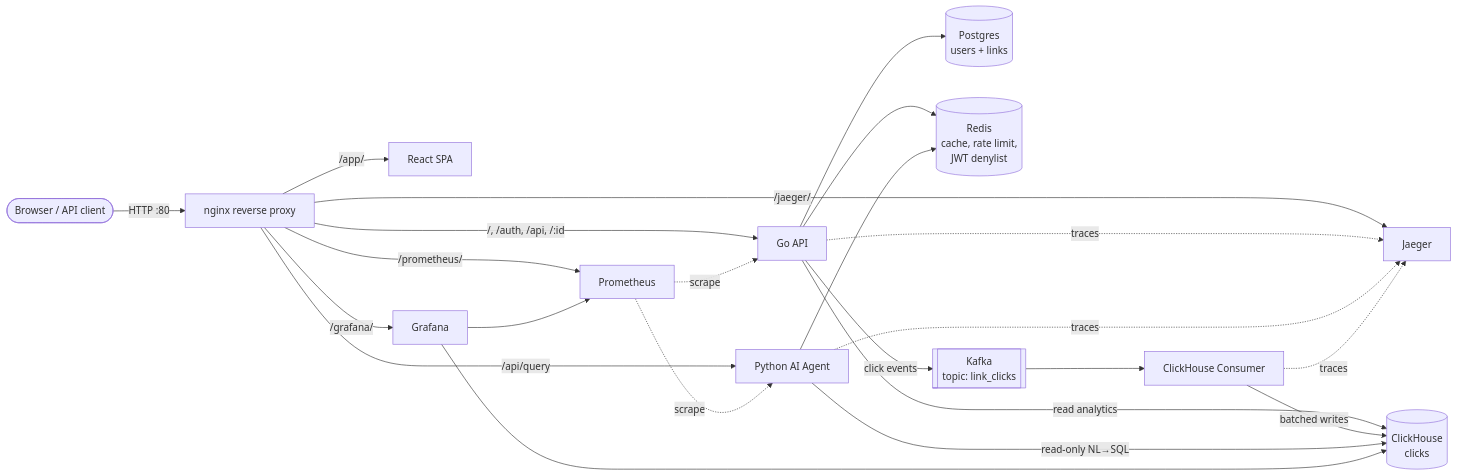
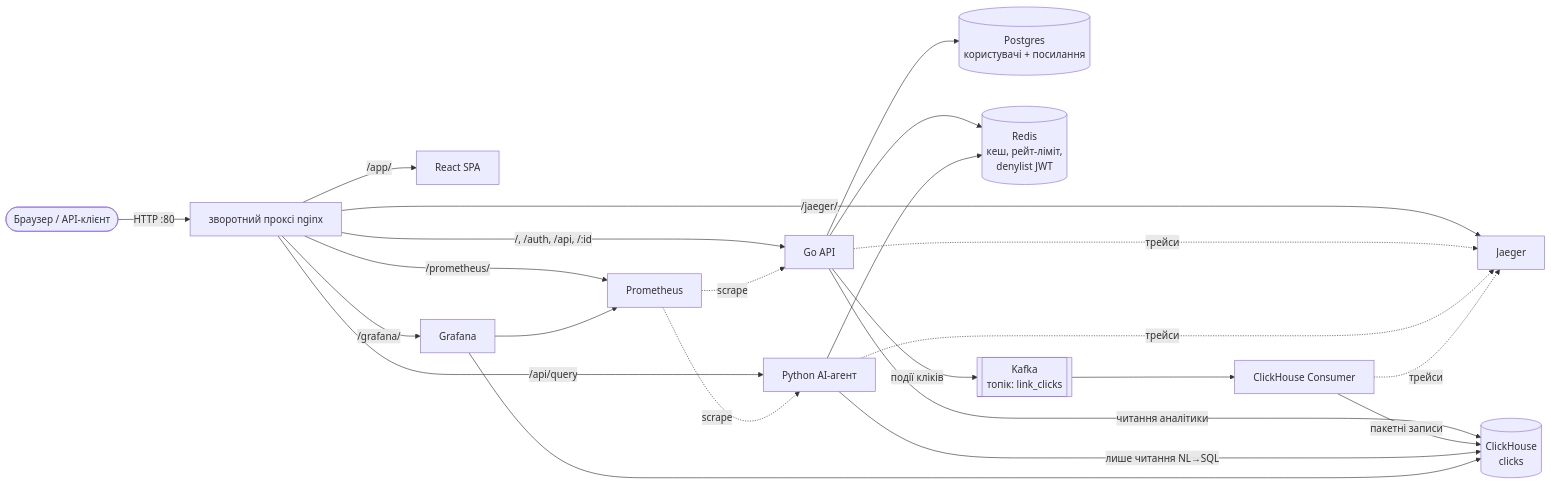
Before and after one commit to NikitaPash/url-shortener: the diagram in README.md, drawn with Mermaid. The commit also changed other lines of this file and 13 other files, not shown here.

````diff
--- a/README.md
+++ b/README.md
@@ -52,30 +52,30 @@
 ```mermaid
 flowchart LR
-  U([Browser / API client]) -->|HTTP :80| NG[nginx reverse proxy]
+  U([Браузер / API-клієнт]) -->|HTTP :80| NG[зворотний проксі nginx]
 
   NG -->|/app/| FE[React SPA]
   NG -->|/, /auth, /api, /:id| API[Go API]
-  NG -->|/api/query| AG[Python AI Agent]
+  NG -->|/api/query| AG[Python AI-агент]
   NG -->|/grafana/| GR[Grafana]
   NG -->|/jaeger/| JG[Jaeger]
   NG -->|/prometheus/| PR[Prometheus]
 
-  API --> PG[(Postgres<br/>users + links)]
-  API --> RD[(Redis<br/>cache, rate limit,<br/>JWT denylist)]
-  API -->|click events| KF[[Kafka<br/>topic: link_clicks]]
-  API -->|read analytics| CH[(ClickHouse<br/>clicks)]
+  API --> PG[(Postgres<br/>користувачі + посилання)]
+  API --> RD[(Redis<br/>кеш, рейт-ліміт,<br/>denylist JWT)]
+  API -->|події кліків| KF[[Kafka<br/>топік: link_clicks]]
+  API -->|читання аналітики| CH[(ClickHouse<br/>clicks)]
 
   KF --> CO[ClickHouse Consumer]
-  CO -->|batched writes| CH
+  CO -->|пакетні записи| CH
 
-  AG -->|read-only NL→SQL| CH
+  AG -->|лише читання NL→SQL| CH
   AG --> RD
 
   GR --> CH
   GR --> PR
   PR -. scrape .-> API
   PR -. scrape .-> AG
-  API -. traces .-> JG
-  AG  -. traces .-> JG
-  CO  -. traces .-> JG
+  API -. трейси .-> JG
+  AG  -. трейси .-> JG
+  CO  -. трейси .-> JG
 ```
````
